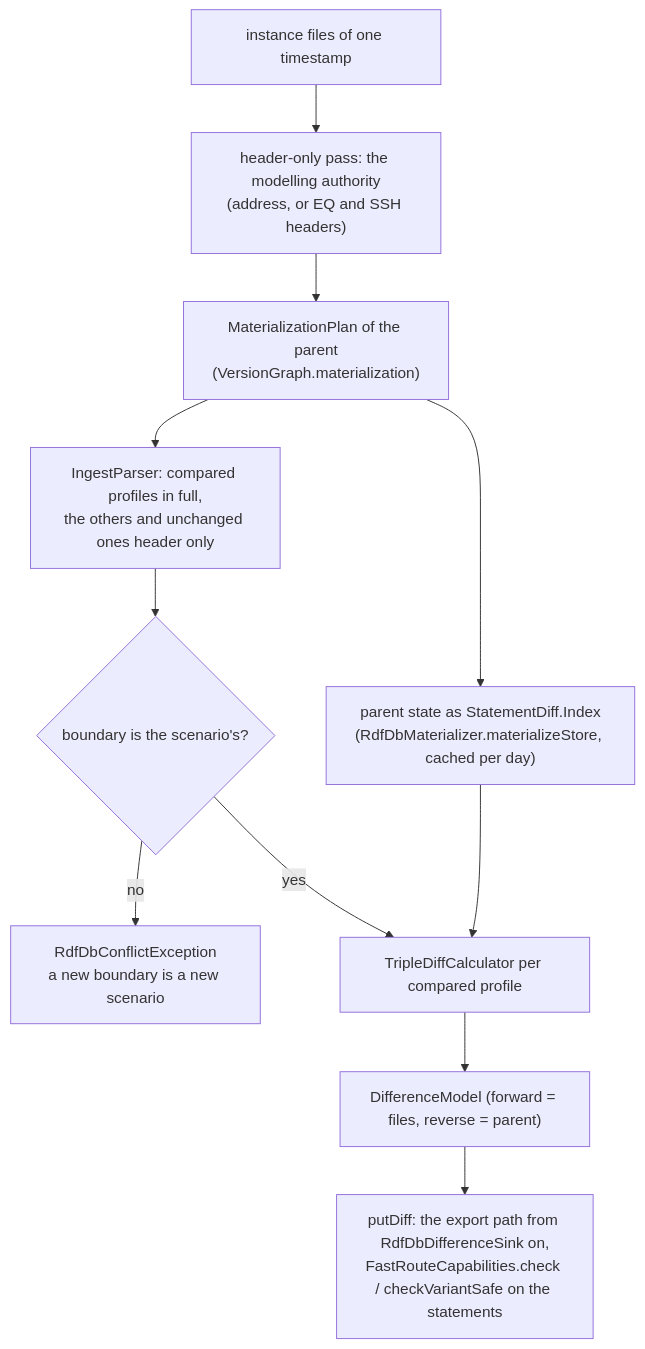
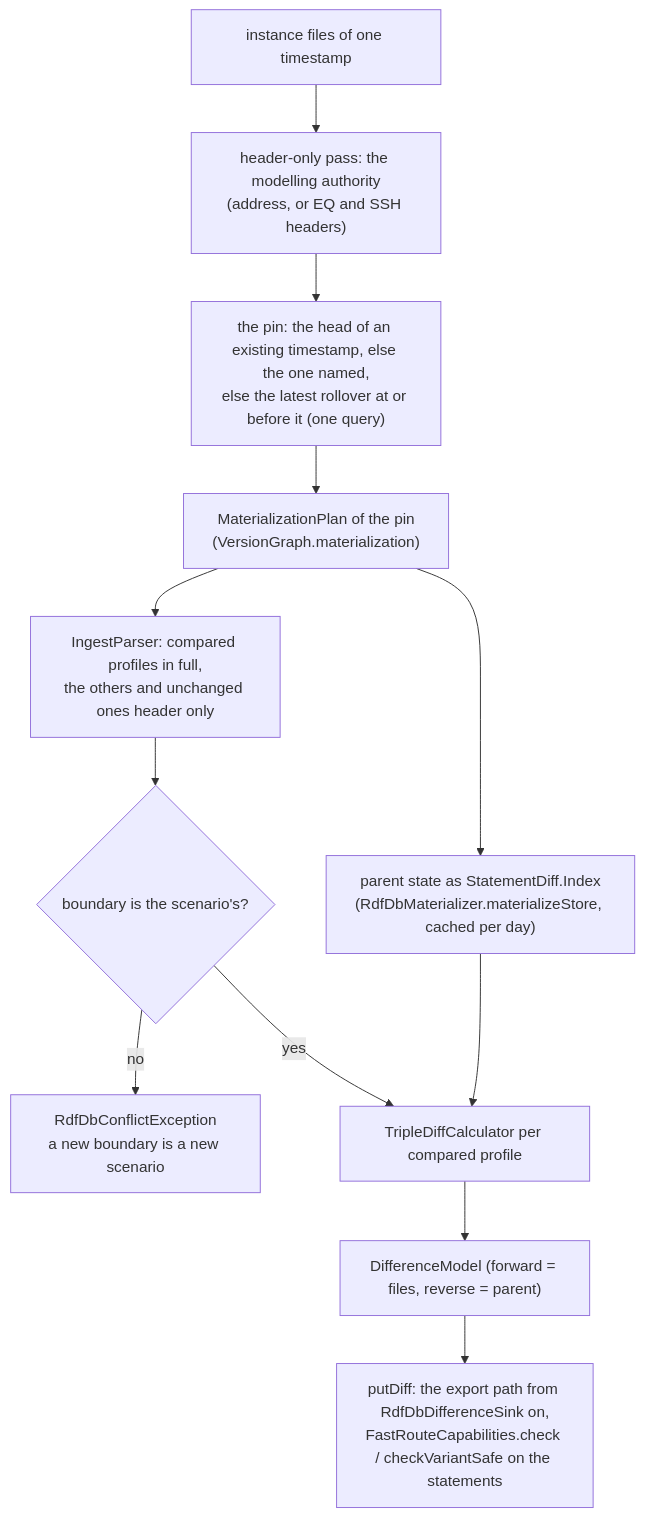
One commit to nicow-elia/powsybl-core changed the fourth of 6 diagrams in docs/grid_exchange_formats/cgmes/rdf_database_integration.md. Above: the diagram before and after it, drawn with Mermaid. The commit also changed other lines of this file and 6 other files, not shown here.

````diff
--- a/docs/grid_exchange_formats/cgmes/rdf_database_integration.md
+++ b/docs/grid_exchange_formats/cgmes/rdf_database_integration.md
@@ -150,13 +150,14 @@
 ```{mermaid}
 flowchart TD
     A["instance files of one timestamp"] --> H["header-only pass: the modelling authority<br/>(address, or EQ and SSH headers)"]
-    H --> PL["MaterializationPlan of the parent<br/>(VersionGraph.materialization)"]
+    H --> PN["the pin: the head of an existing timestamp, else the one named,<br/>else the latest rollover at or before it (one query)"]
+    PN --> PL["MaterializationPlan of the pin<br/>(VersionGraph.materialization)"]
     PL --> P["IngestParser: compared profiles in full,<br/>the others and unchanged ones header only"]
     PL --> PS["parent state as StatementDiff.Index<br/>(RdfDbMaterializer.materializeStore, cached per day)"]
     P --> B{"boundary is the scenario's?"}
     B -- no --> X["RdfDbConflictException<br/>a new boundary is a new scenario"]
     B -- yes --> TD["TripleDiffCalculator per compared profile"]
     PS --> TD
     TD --> DM["DifferenceModel (forward = files, reverse = parent)"]
     DM --> PD["putDiff: the export path from RdfDbDifferenceSink on,<br/>FastRouteCapabilities.check / checkVariantSafe on the statements"]
 ```
````
